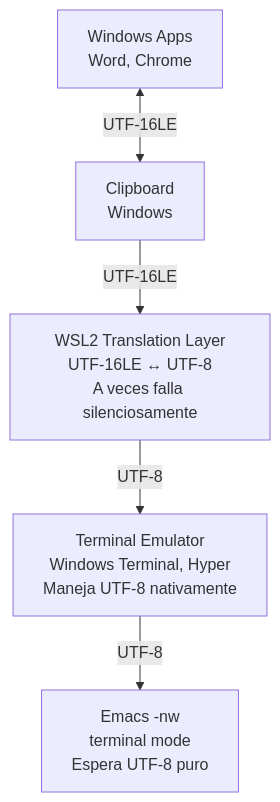
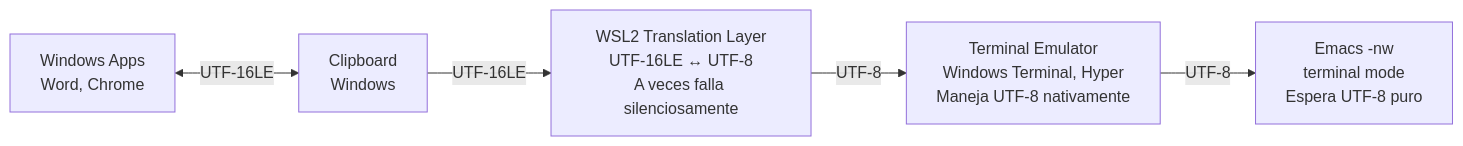
Before and after one commit to touxstone/bug-free-funicular: the diagram in p_bitacora/bp07_win_wsl-emacsNW-setting.md, drawn with Mermaid.

Commit message:
bp 6, 7, i01

````diff
--- a/p_bitacora/bp07_win_wsl-emacsNW-setting.md
+++ b/p_bitacora/bp07_win_wsl-emacsNW-setting.md
@@ -24,12 +24,12 @@
 ```mermaid
 ---
 config:
   theme: mc
   layout: fixed
 ---
-flowchart TB;
+flowchart LR;
     WindowsApps["Windows Apps<br>Word, Chrome"] <-- "UTF-16LE" --> Clipboard["Clipboard<br>Windows"]
     Clipboard -- "UTF-16LE" --> WSL2["WSL2 Translation Layer<br>UTF-16LE ↔ UTF-8<br>A veces falla silenciosamente"]
     WSL2 -- "UTF-8" --> Terminal["Terminal Emulator<br>Windows Terminal, Hyper<br>Maneja UTF-8 nativamente"]
     Terminal -- "UTF-8" --> Emacs["Emacs -nw<br>terminal mode<br>Espera UTF-8 puro"]
 ```	
````
